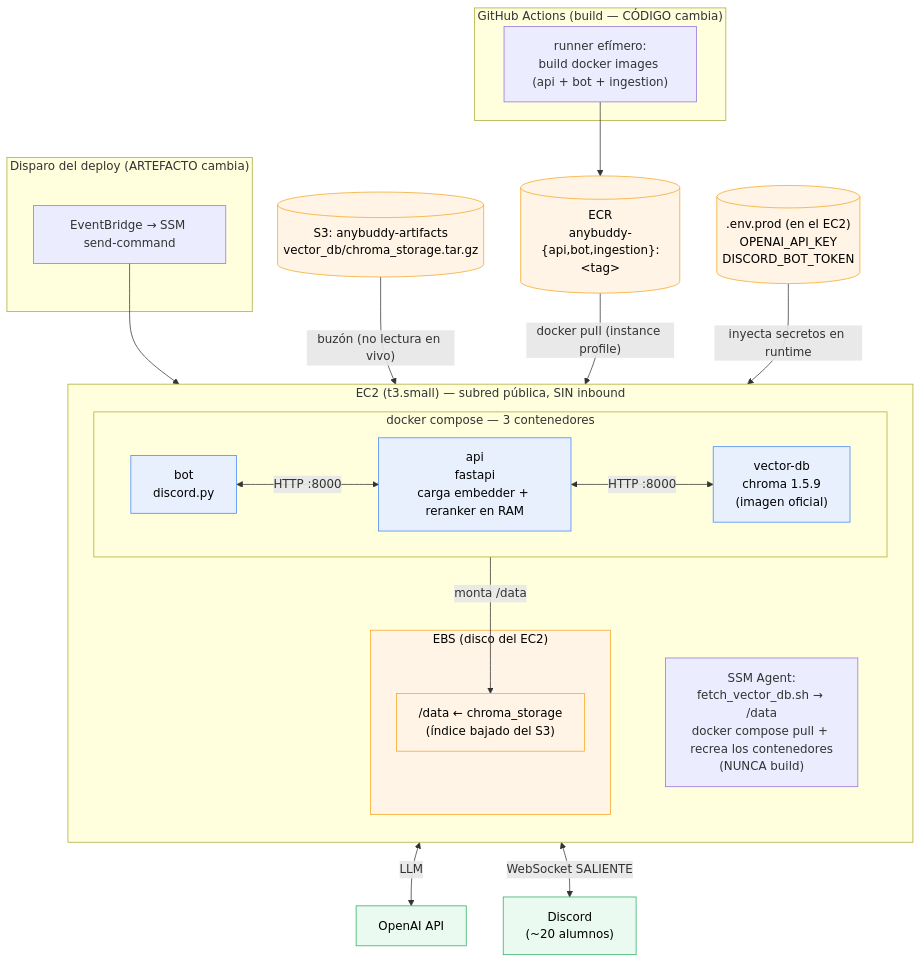
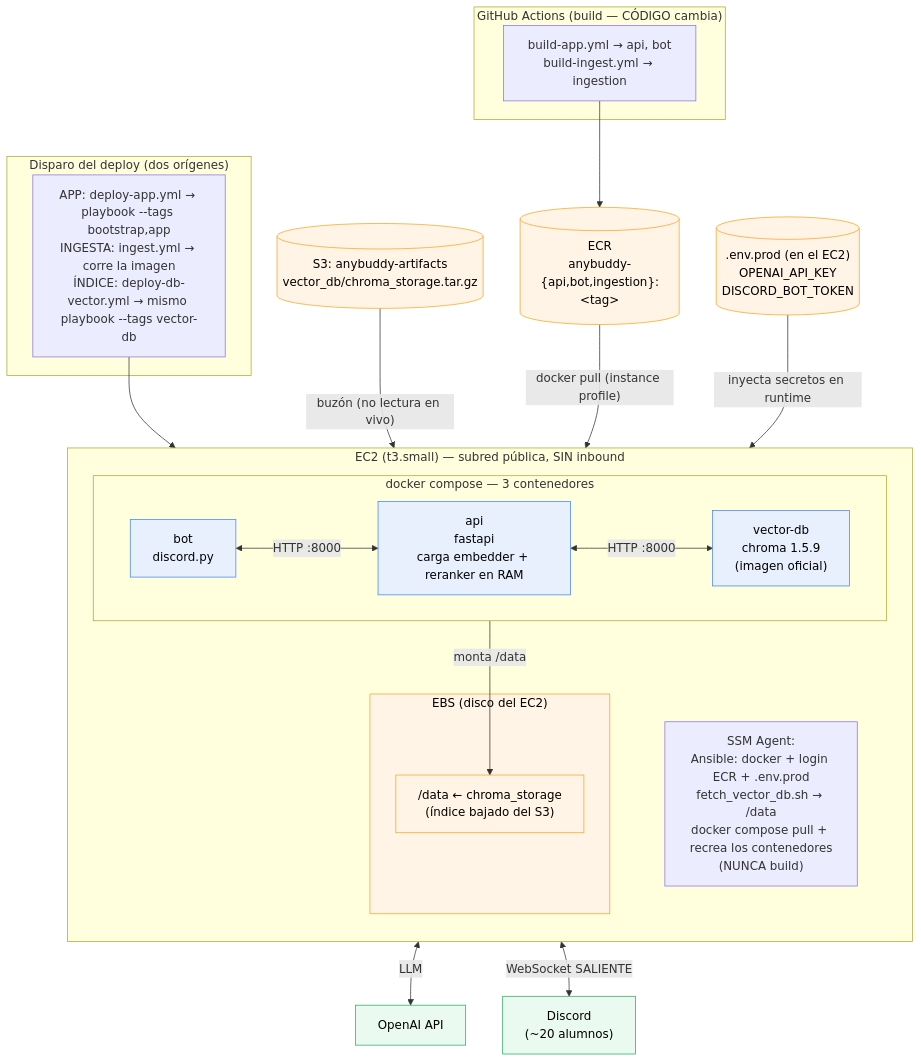
Before and after one commit to kevin-ja/anybuddy: the third of 4 diagrams in ARCHITECTURE.md, drawn with Mermaid. The commit also changed other lines of this file and 32 other files, not shown here.

First line of the commit message:
Add deploy con Ansible y workflows de deploy/ingest

````diff
--- a/ARCHITECTURE.md
+++ b/ARCHITECTURE.md
@@ -147,51 +209,51 @@
 ```mermaid
 flowchart TB
     subgraph GHA["GitHub Actions (build — CÓDIGO cambia)"]
-        BUILD["runner efímero:<br/>build docker images (api + bot + ingestion)"]
+        BUILD["build-app.yml → api, bot<br/>build-ingest.yml → ingestion"]
     end
 
-    subgraph TRIG["Disparo del deploy (ARTEFACTO cambia)"]
-        SSM["EventBridge → SSM send-command"]
+    subgraph TRIG["Disparo del deploy (dos orígenes)"]
+        SSM["APP: deploy-app.yml → playbook --tags bootstrap,app<br/>INGESTA: ingest.yml → corre la imagen<br/>ÍNDICE: deploy-db-vector.yml → mismo playbook --tags vector-db"]
     end
 
     ECR[("ECR<br/>anybuddy-{api,bot,ingestion}:&lt;tag&gt;")]
     S3[("S3: anybuddy-artifacts<br/>vector_db/chroma_storage.tar.gz")]
     ENV[(".env.prod (en el EC2)<br/>OPENAI_API_KEY<br/>DISCORD_BOT_TOKEN")]
 
     subgraph EC2["EC2 (t3.small) — subred pública, SIN inbound"]
         direction TB
-        AGENT["SSM Agent:<br/>fetch_vector_db.sh → /data<br/>docker compose pull + recrea los contenedores<br/>(NUNCA build)"]
+        AGENT["SSM Agent:<br/>Ansible: docker + login ECR + .env.prod<br/>fetch_vector_db.sh → /data<br/>docker compose pull + recrea los contenedores<br/>(NUNCA build)"]
 
         subgraph DC["docker compose — 3 contenedores"]
             direction LR
             VDB["vector-db<br/>chroma 1.5.9<br/>(imagen oficial)"]
             API["api<br/>fastapi<br/>carga embedder + reranker en RAM"]
             BOT["bot<br/>discord.py"]
             API <-- "HTTP :8000" --> VDB
             BOT <-- "HTTP :8000" --> API
         end
 
         subgraph EBS["EBS (disco del EC2)"]
             DATA["/data ← chroma_storage<br/>(índice bajado del S3)"]
         end
         VDB -- "monta /data" --> DATA
     end
 
     OAI["OpenAI API"]
     DISCORD["Discord<br/>(~20 alumnos)"]
 
     BUILD --> ECR
     SSM --> AGENT
     ECR -- "docker pull (instance profile)" --> DC
     S3 -- "buzón (no lectura en vivo)" --> AGENT
     ENV -- "inyecta secretos en runtime" --> DC
     API <-- "LLM" --> OAI
     BOT <-- "WebSocket SALIENTE" --> DISCORD
 
     classDef store fill:#fff4e5,stroke:#f5a623,color:#000
     classDef ext fill:#eafaf1,stroke:#27ae60,color:#000
     classDef compute fill:#e8f0fe,stroke:#4285f4,color:#000
     class ECR,S3,ENV,EBS,DATA store
     class OAI,DISCORD ext
     class VDB,API,BOT compute
 ```
````
